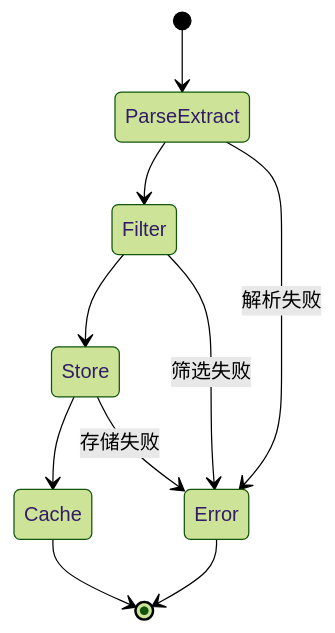
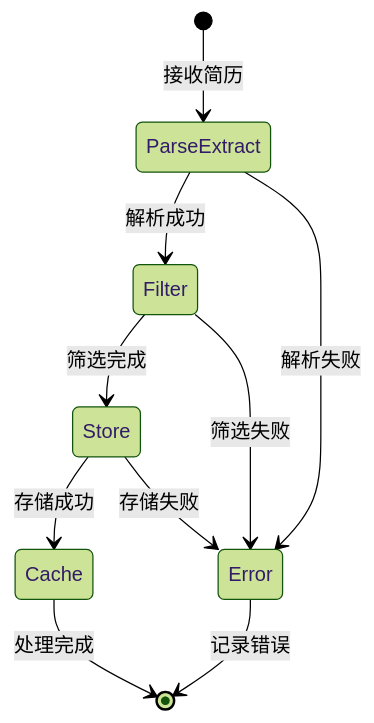
Diagram 12 of 14 in README.md (xt765/ResumeScreening), drawn with Mermaid (forest theme) before and after one commit. The commit also changed other lines of this file and 2 other files, not shown here.

First line of the commit message:
docs: README添加详细文字讲解，实现图文并茂

````diff
--- a/README.md
+++ b/README.md
@@ -476,13 +773,15 @@
 ```mermaid
 stateDiagram-v2
-    [*] --> ParseExtract
-    ParseExtract --> Filter
-    Filter --> Store
-    Store --> Cache
-    Cache --> [*]
+    [*] --> ParseExtract: 接收简历
+    ParseExtract --> Filter: 解析成功
+    ParseExtract --> Error: 解析失败
     
-    ParseExtract --> Error: 解析失败
+    Filter --> Store: 筛选完成
     Filter --> Error: 筛选失败
+    
+    Store --> Cache: 存储成功
     Store --> Error: 存储失败
-    Error --> [*]
+    
+    Cache --> [*]: 处理完成
+    Error --> [*]: 记录错误
 ```
````
